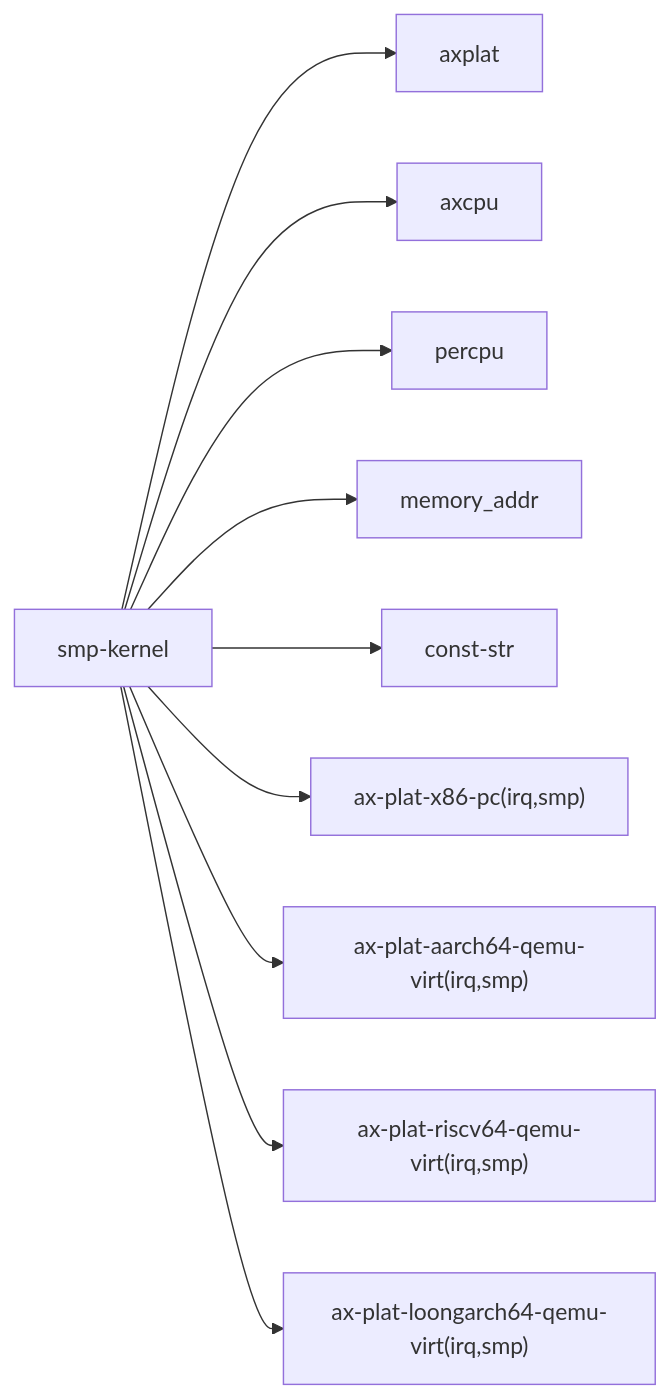
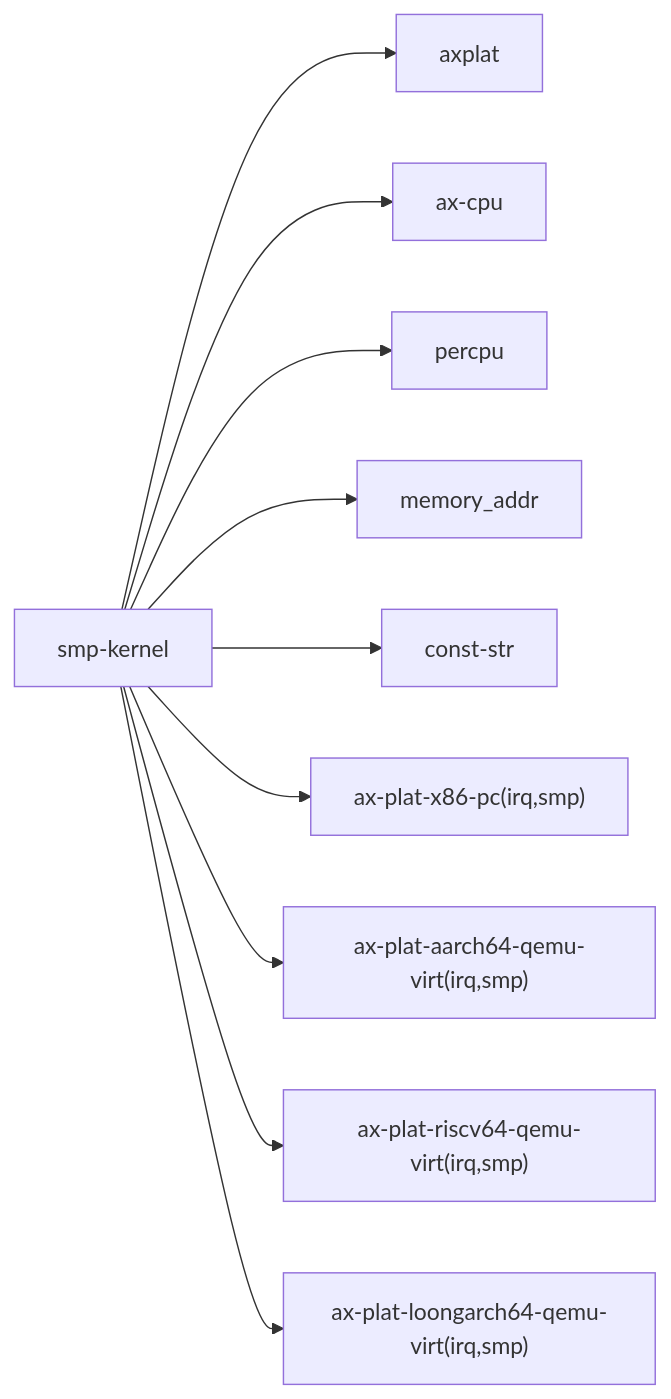
One commit to zKurisu/tgoskits changed the third of 3 diagrams in docs/crates/smp-kernel.md. Above: the diagram before and after it, drawn with Mermaid. The commit also changed other lines of this file and 106 other files, not shown here.

Commit message:
rename axcpu to ax-cpu

````diff
--- a/docs/crates/smp-kernel.md
+++ b/docs/crates/smp-kernel.md
@@ -98,12 +98,12 @@
 ```mermaid
 graph LR
     sample["smp-kernel"] --> axplat["axplat"]
-    sample --> axcpu["axcpu"]
+    sample --> ax-cpu["ax-cpu"]
     sample --> percpu["percpu"]
     sample --> memaddr["memory_addr"]
     sample --> conststr["const-str"]
     sample --> x86["ax-plat-x86-pc(irq,smp)"]
     sample --> a64["ax-plat-aarch64-qemu-virt(irq,smp)"]
     sample --> rv["ax-plat-riscv64-qemu-virt(irq,smp)"]
     sample --> loong["ax-plat-loongarch64-qemu-virt(irq,smp)"]
 ```
````
